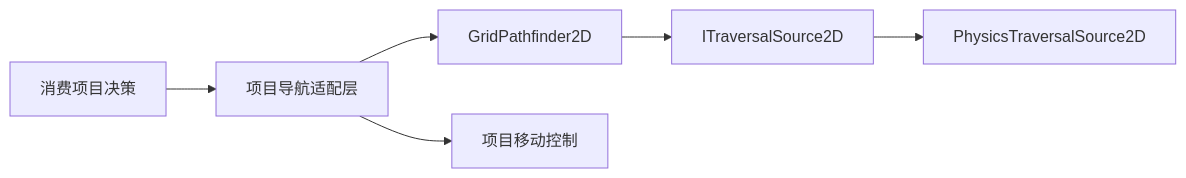
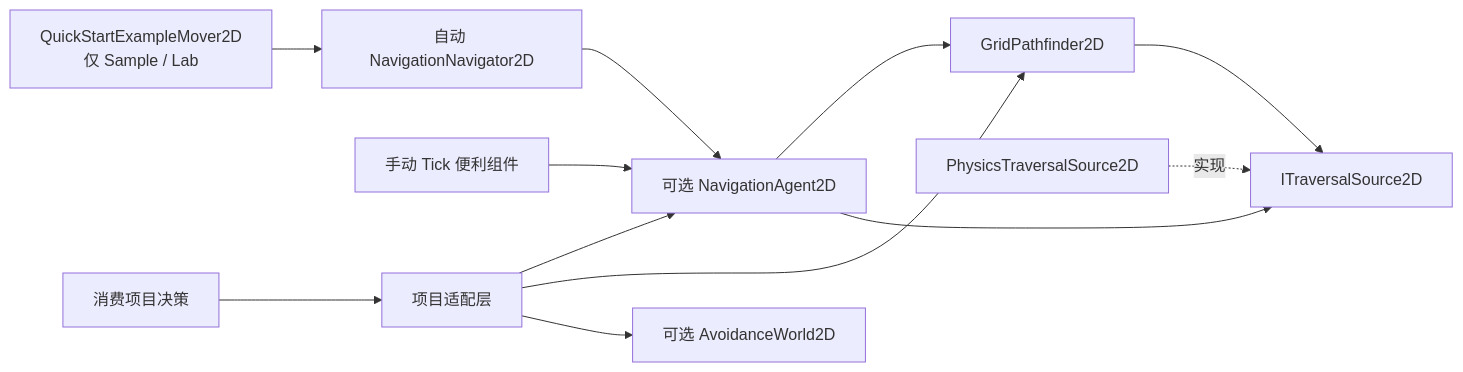
The first of 2 diagrams in Packages/com.computerzhuxi.navigation2d/Documentation~/Architecture.md (computerzhuxi/UnityGameSystems), drawn with Mermaid before and after one commit. The commit also changed other lines of this file and 119 other files, not shown here.

````diff
--- a/Packages/com.computerzhuxi.navigation2d/Documentation~/Architecture.md
+++ b/Packages/com.computerzhuxi.navigation2d/Documentation~/Architecture.md
@@ -3,8 +7,14 @@
 ```mermaid
 flowchart LR
-    Game[消费项目决策] --> Adapter[项目导航适配层]
-    Adapter --> Query[GridPathfinder2D]
+    Game[消费项目决策] --> Adapter[项目适配层]
+    Adapter --> Agent[可选 NavigationAgent2D]
+    Component[手动 Tick 便利组件] --> Agent
+    Navigator[自动 NavigationNavigator2D] --> Agent
+    Example[QuickStartExampleMover2D<br/>仅 Sample / Lab] --> Navigator
+    Agent --> Query[GridPathfinder2D]
+    Adapter --> Query
     Query --> Source[ITraversalSource2D]
-    Source --> Physics[PhysicsTraversalSource2D]
-    Adapter --> Movement[项目移动控制]
+    Agent --> Source
+    Physics[PhysicsTraversalSource2D] -.->|实现| Source
+    Adapter --> Avoidance[可选 AvoidanceWorld2D]
 ```
````
